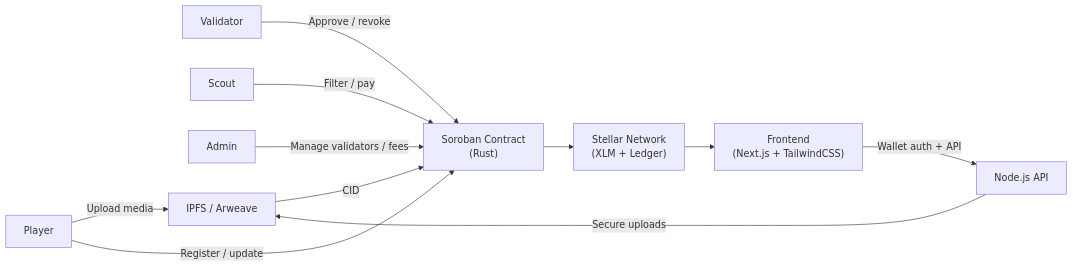
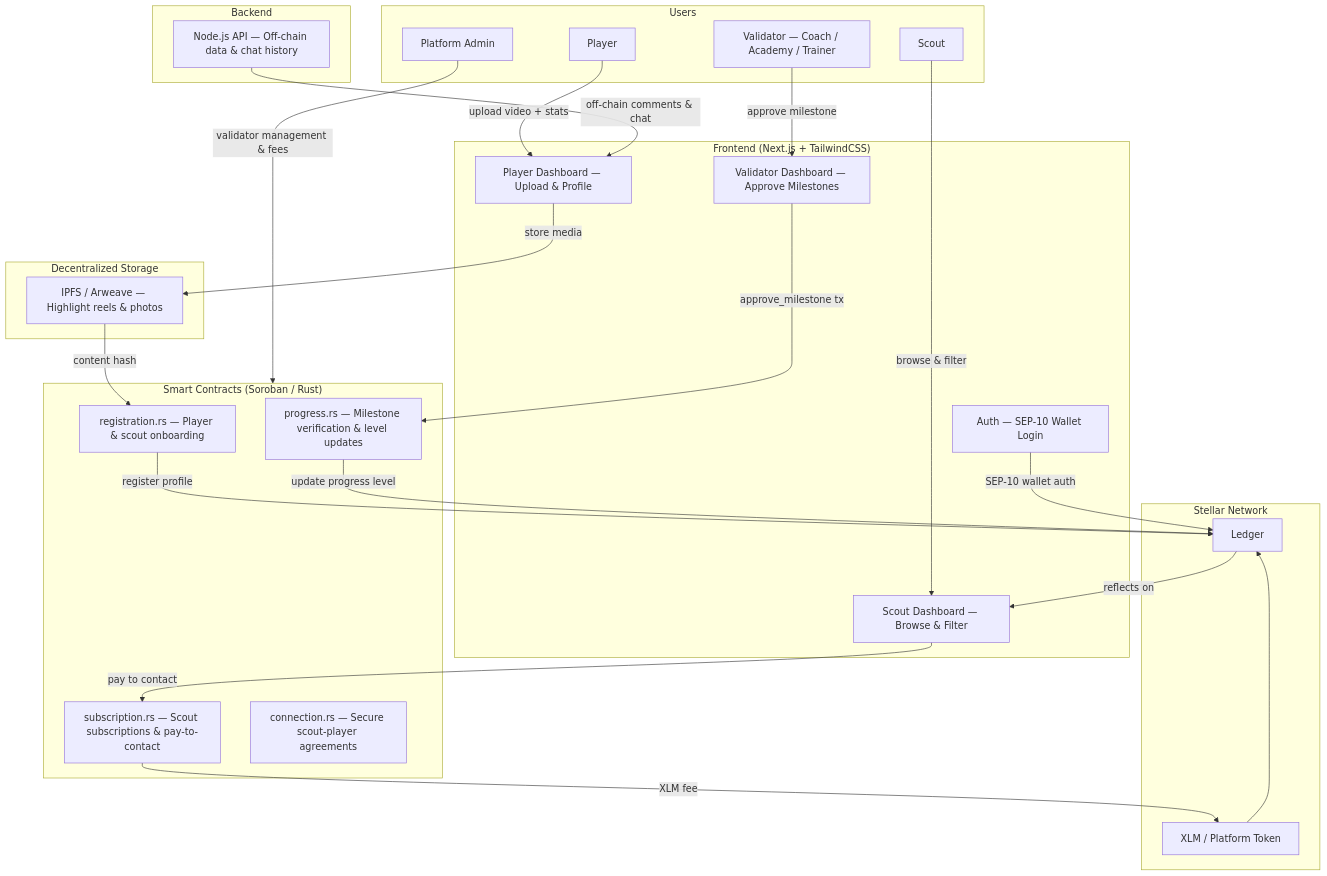
The first of 2 diagrams in README.md (Astrowlrd777/scout-off-frontend), drawn with Mermaid before and after one commit. The commit also changed other lines of this file and 2 other files, not shown here.

Commit message:
docs: Enhance README with detailed project description, features, and architecture

````diff
--- a/README.md
+++ b/README.md
@@ -36,23 +26,55 @@
 ```mermaid
-flowchart LR
-  Player[Player]
-  Validator[Validator]
-  Scout[Scout]
-  Admin[Admin]
-  Frontend["Frontend\n(Next.js + TailwindCSS)"]
-  Contract["Soroban Contract\n(Rust)"]
-  Storage["IPFS / Arweave"]
-  Backend["Node.js API"]
-  Stellar["Stellar Network\n(XLM + Ledger)"]
+graph TB
+    subgraph Users
+        P[Player]
+        V[Validator — Coach / Academy / Trainer]
+        S[Scout]
+        ADM[Platform Admin]
+    end
 
-  Player -->|Upload media| Storage
-  Storage -->|CID| Contract
-  Player -->|Register / update| Contract
-  Validator -->|Approve / revoke| Contract
-  Scout -->|Filter / pay| Contract
-  Admin -->|Manage validators / fees| Contract
-  Frontend -->|Wallet auth + API| Backend
-  Backend -->|Secure uploads| Storage
-  Contract --> Stellar
-  Stellar --> Frontend
+    subgraph Frontend["Frontend (Next.js + TailwindCSS)"]
+        PD[Player Dashboard — Upload & Profile]
+        SD[Scout Dashboard — Browse & Filter]
+        VD[Validator Dashboard — Approve Milestones]
+        AUTH[Auth — SEP-10 Wallet Login]
+    end
+
+    subgraph Contract["Smart Contracts (Soroban / Rust)"]
+        REG[registration.rs — Player & scout onboarding]
+        PROG[progress.rs — Milestone verification & level updates]
+        SUB[subscription.rs — Scout subscriptions & pay-to-contact]
+        CONN[connection.rs — Secure scout-player agreements]
+    end
+
+    subgraph Storage["Decentralized Storage"]
+        IPFS[IPFS / Arweave — Highlight reels & photos]
+    end
+
+    subgraph Backend["Backend"]
+        NODE[Node.js API — Off-chain data & chat history]
+    end
+
+    subgraph Stellar["Stellar Network"]
+        LEDGER[Ledger]
+        XLM[XLM / Platform Token]
+    end
+
+    P -->|upload video + stats| PD
+    PD -->|store media| IPFS
+    IPFS -->|content hash| REG
+    REG -->|register profile| LEDGER
+
+    V -->|approve milestone| VD
+    VD -->|approve_milestone tx| PROG
+    PROG -->|update progress level| LEDGER
+    LEDGER -->|reflects on| SD
+
+    S -->|browse & filter| SD
+    SD -->|pay to contact| SUB
+    SUB -->|XLM fee| XLM
+    XLM --> LEDGER
+
+    AUTH -->|SEP-10 wallet auth| LEDGER
+    NODE -->|off-chain comments & chat| PD
+    ADM -->|validator management & fees| Contract
 ```
````
